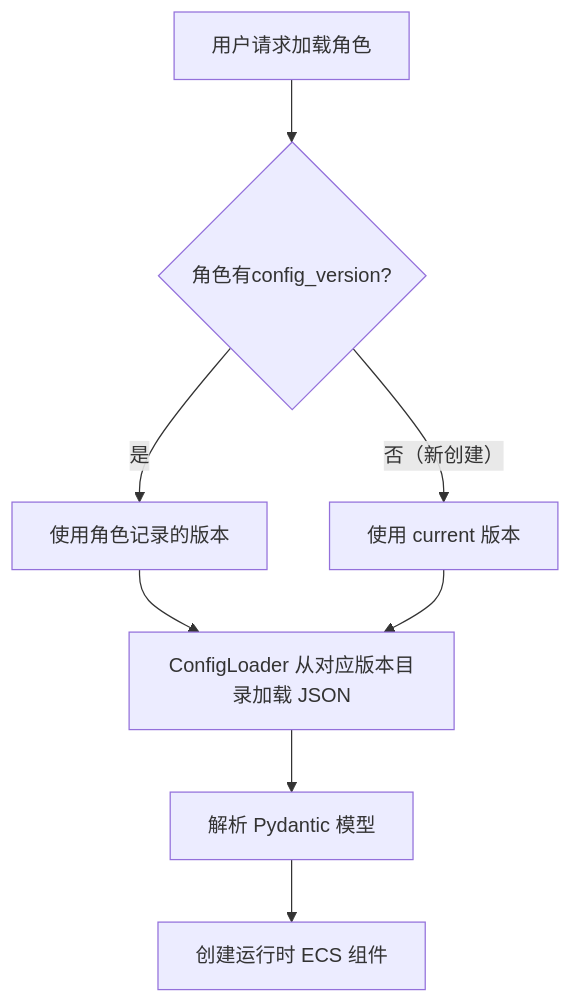
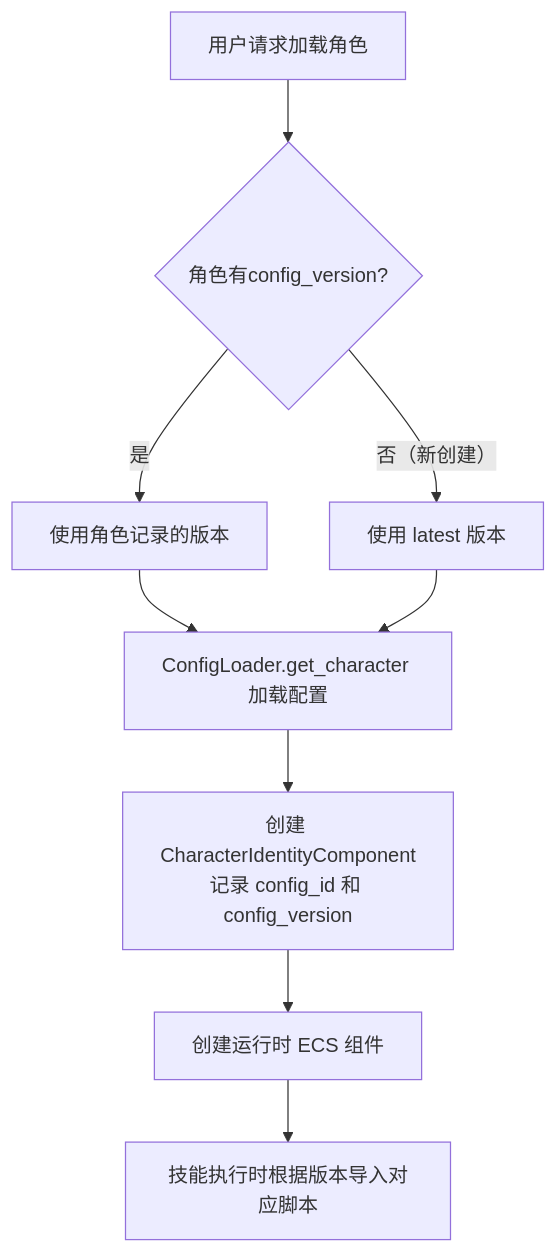
One commit to modenicheng/hsr-sim changed the diagram in docs/角色配置版本化策略.md. Above: the diagram before and after it, drawn with Mermaid. The commit also changed other lines of this file and 11 other files, not shown here.

First line of the commit message:
feat: refactor character config schema and add multi-version ConfigLoader

````diff
--- a/docs/角色配置版本化策略.md
+++ b/docs/角色配置版本化策略.md
@@ -94,10 +119,11 @@
 ```mermaid
 flowchart TD
     A[用户请求加载角色] --> B{角色有config_version?}
     B -->|是| C[使用角色记录的版本]
-    B -->|否（新创建）| D[使用 current 版本]
-    C --> E[ConfigLoader 从对应版本目录加载 JSON]
+    B -->|否（新创建）| D[使用 latest 版本]
+    C --> E[ConfigLoader.get_character 加载配置]
     D --> E
-    E --> F[解析 Pydantic 模型]
+    E --> F[创建 CharacterIdentityComponent<br/>记录 config_id 和 config_version]
     F --> G[创建运行时 ECS 组件]
+    G --> H[技能执行时根据版本导入对应脚本]
 ```
````
